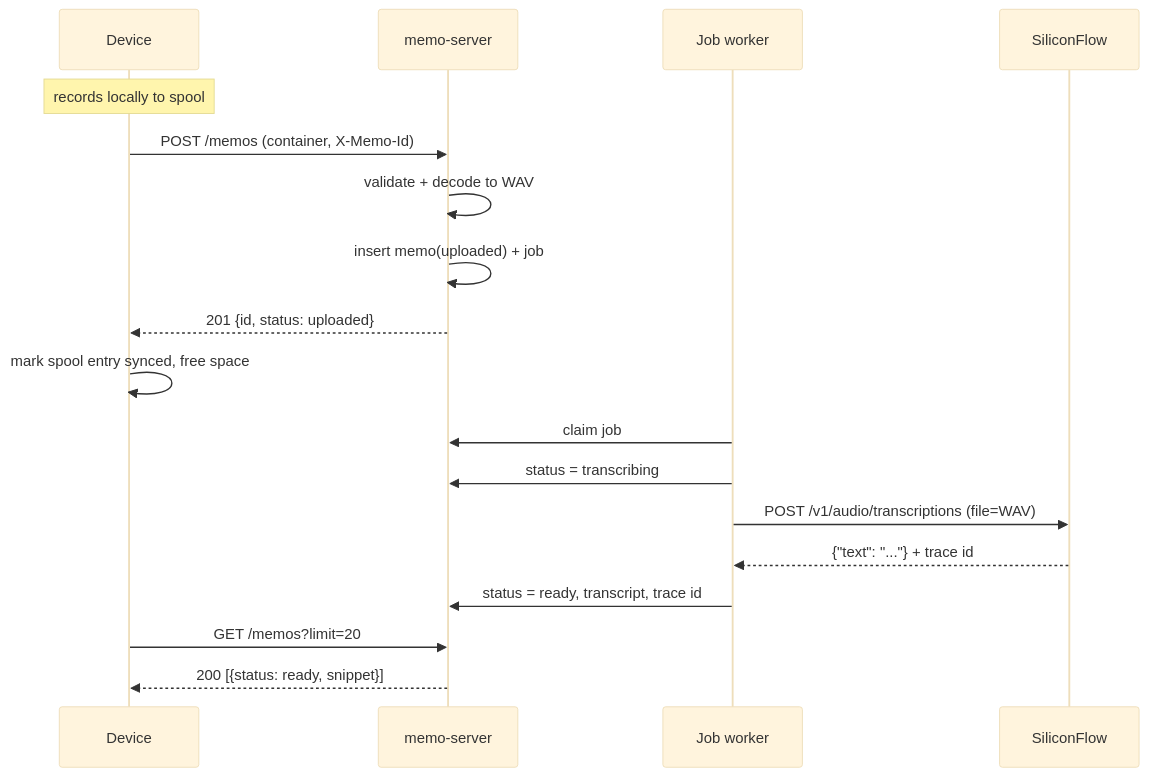
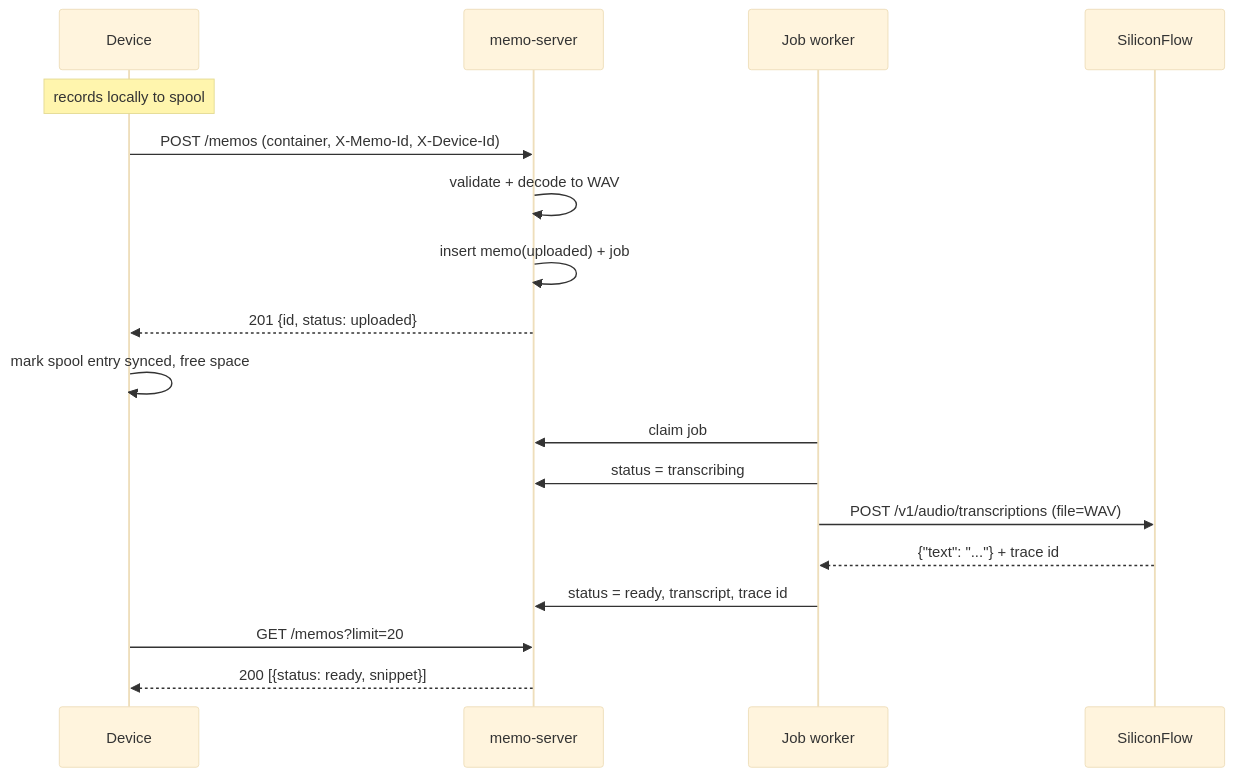
The second of 5 diagrams in docs/technical/server.md (tf4fun/voice-memo), drawn with Mermaid (base theme) before and after one commit. The commit also changed other lines of this file and 1 other file, not shown here.

First line of the commit message:
docs(server): drop device approval and complete the memo API

````diff
--- a/docs/technical/server.md
+++ b/docs/technical/server.md
@@ -436,20 +450,20 @@
 ```mermaid
 sequenceDiagram
     participant D as Device
     participant S as memo-server
     participant W as Job worker
     participant P as SiliconFlow
     Note over D: records locally to spool
-    D->>S: POST /memos (container, X-Memo-Id)
+    D->>S: POST /memos (container, X-Memo-Id, X-Device-Id)
     S->>S: validate + decode to WAV
     S->>S: insert memo(uploaded) + job
     S-->>D: 201 {id, status: uploaded}
     D->>D: mark spool entry synced, free space
     W->>S: claim job
     W->>S: status = transcribing
     W->>P: POST /v1/audio/transcriptions (file=WAV)
     P-->>W: {"text": "..."} + trace id
     W->>S: status = ready, transcript, trace id
     D->>S: GET /memos?limit=20
     S-->>D: 200 [{status: ready, snippet}]
 ```
````
